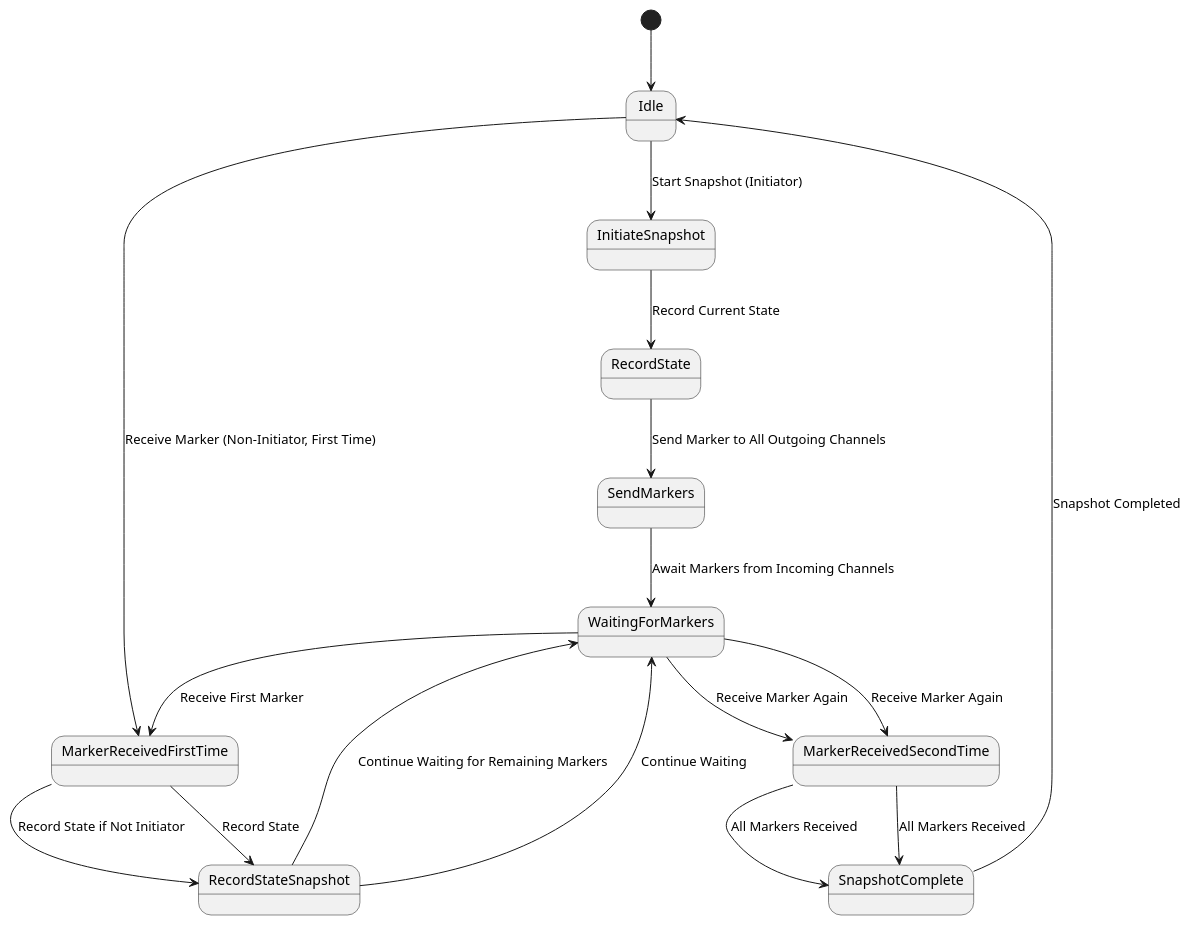
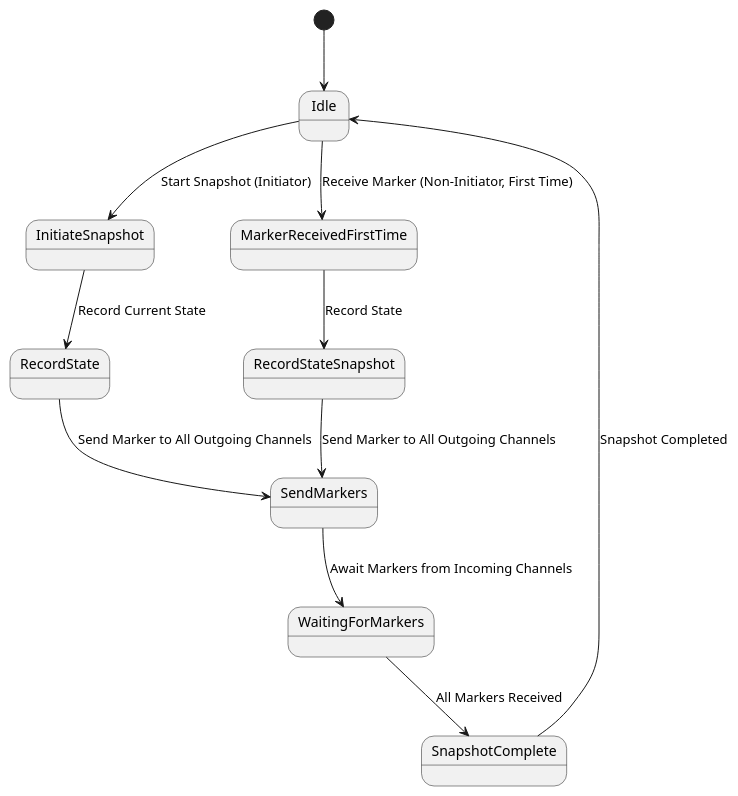
One commit to beom529/notes changed the second of 2 diagrams in Class/CS7610/Lab2 Plant UML.md. Above: the diagram before and after it, drawn with PlantUML.

Commit message:
vault backup: 2024-10-09 14:17:53

```diff
--- a/Class/CS7610/Lab2 Plant UML.md
+++ b/Class/CS7610/Lab2 Plant UML.md
@@ -17,24 +17,16 @@
 @startuml
 [*] --> Idle
 
 Idle --> InitiateSnapshot : Start Snapshot (Initiator)
 
 InitiateSnapshot --> RecordState : Record Current State
 RecordState --> SendMarkers : Send Marker to All Outgoing Channels
 SendMarkers --> WaitingForMarkers : Await Markers from Incoming Channels
 
-WaitingForMarkers --> MarkerReceivedFirstTime : Receive First Marker
-MarkerReceivedFirstTime --> RecordStateSnapshot : Record State if Not Initiator
-RecordStateSnapshot --> WaitingForMarkers : Continue Waiting for Remaining Markers
-
-WaitingForMarkers --> MarkerReceivedSecondTime : Receive Marker Again
-MarkerReceivedSecondTime --> SnapshotComplete : All Markers Received
+WaitingForMarkers --> SnapshotComplete : All Markers Received
 SnapshotComplete --> Idle : Snapshot Completed
 
 Idle --> MarkerReceivedFirstTime : Receive Marker (Non-Initiator, First Time)
 MarkerReceivedFirstTime --> RecordStateSnapshot : Record State
-RecordStateSnapshot --> WaitingForMarkers : Continue Waiting
-
-WaitingForMarkers --> MarkerReceivedSecondTime : Receive Marker Again
-MarkerReceivedSecondTime --> SnapshotComplete : All Markers Received
+RecordStateSnapshot --> SendMarkers : Send Marker to All Outgoing Channels
 @enduml
```
